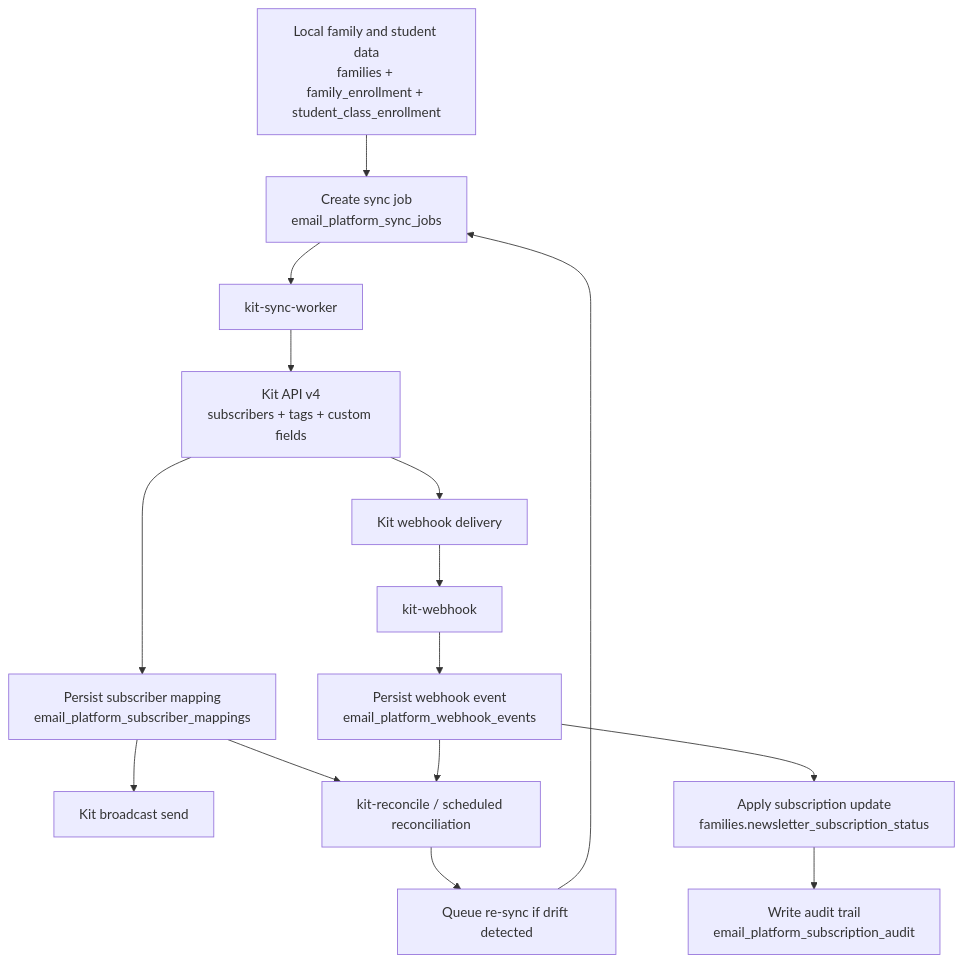
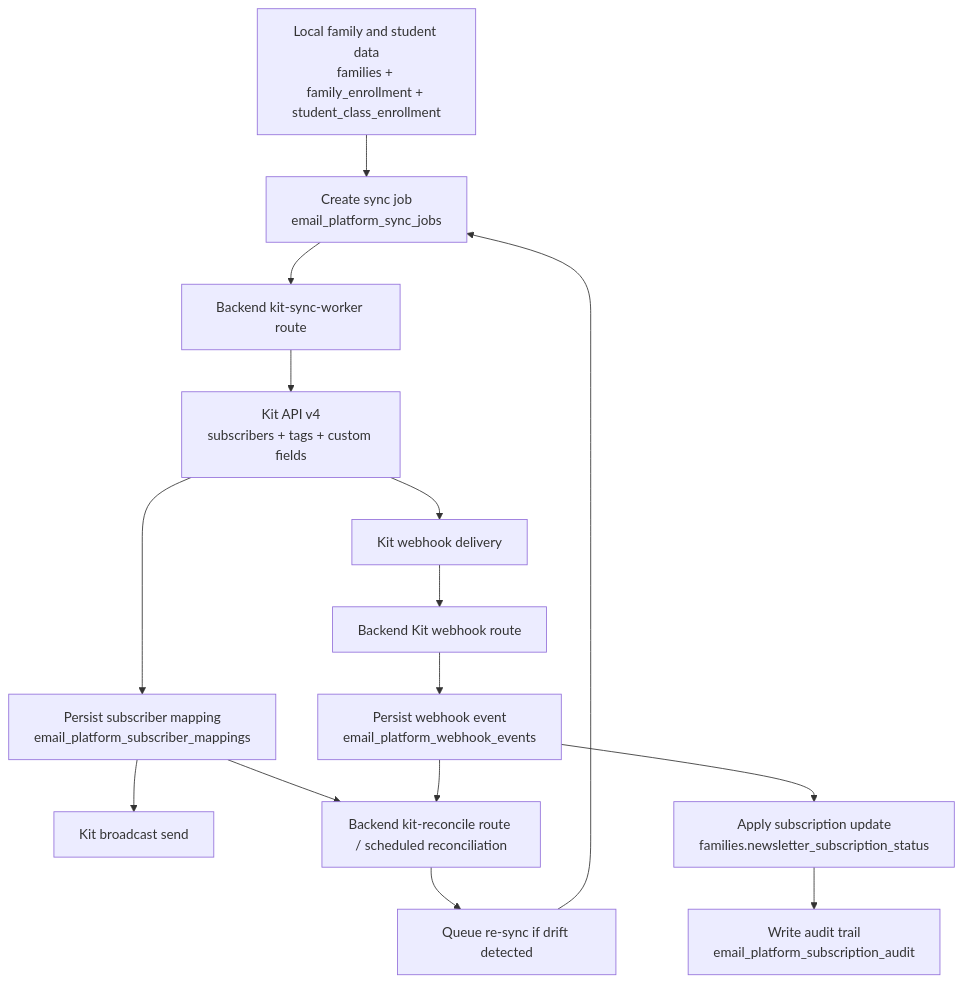
One commit to smzwaldorf/email-cms changed the second of 2 diagrams in specs/docs/EMAIL_PLATFORM_OPERATIONS.md. Above: the diagram before and after it, drawn with Mermaid. The commit also changed other lines of this file and 56 other files, not shown here.

````diff
--- a/specs/docs/EMAIL_PLATFORM_OPERATIONS.md
+++ b/specs/docs/EMAIL_PLATFORM_OPERATIONS.md
@@ -157,31 +157,31 @@
 ```mermaid
 flowchart TD
     A[Local family and student data<br/>families + family_enrollment + student_class_enrollment]
     B[Create sync job<br/>email_platform_sync_jobs]
-    C[kit-sync-worker]
+    C[Backend kit-sync-worker route]
     D[Kit API v4<br/>subscribers + tags + custom fields]
     E[Persist subscriber mapping<br/>email_platform_subscriber_mappings]
     F[Kit broadcast send]
     G[Kit webhook delivery]
-    H[kit-webhook]
+    H[Backend Kit webhook route]
     I[Persist webhook event<br/>email_platform_webhook_events]
     J[Apply subscription update<br/>families.newsletter_subscription_status]
     K[Write audit trail<br/>email_platform_subscription_audit]
-    L[kit-reconcile / scheduled reconciliation]
+    L[Backend kit-reconcile route / scheduled reconciliation]
     M[Queue re-sync if drift detected]
 
     A --> B
     B --> C
     C --> D
     D --> E
     E --> F
     D --> G
     G --> H
     H --> I
     I --> J
     J --> K
     E --> L
     I --> L
     L --> M
     M --> B
 ```
````
